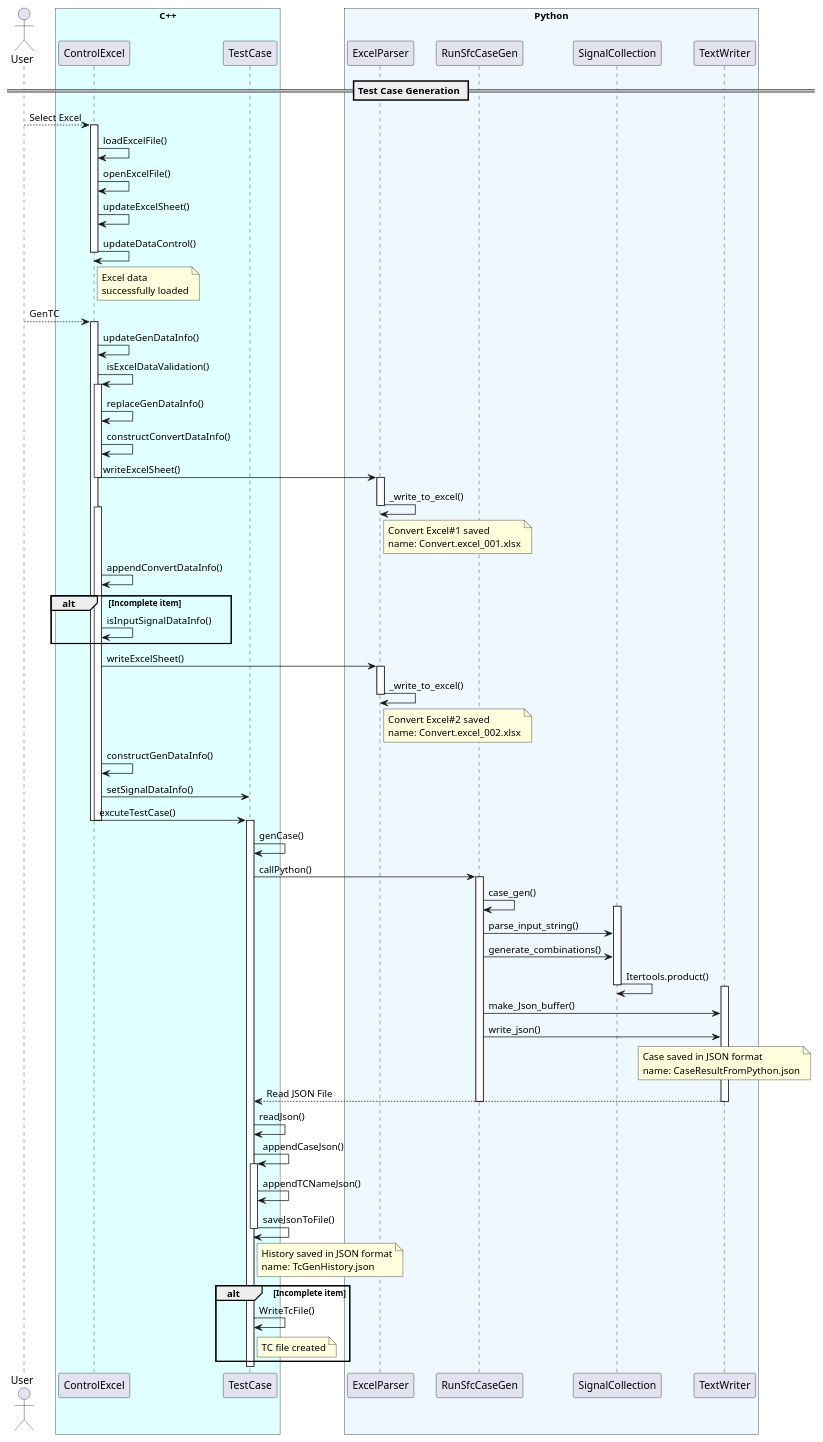
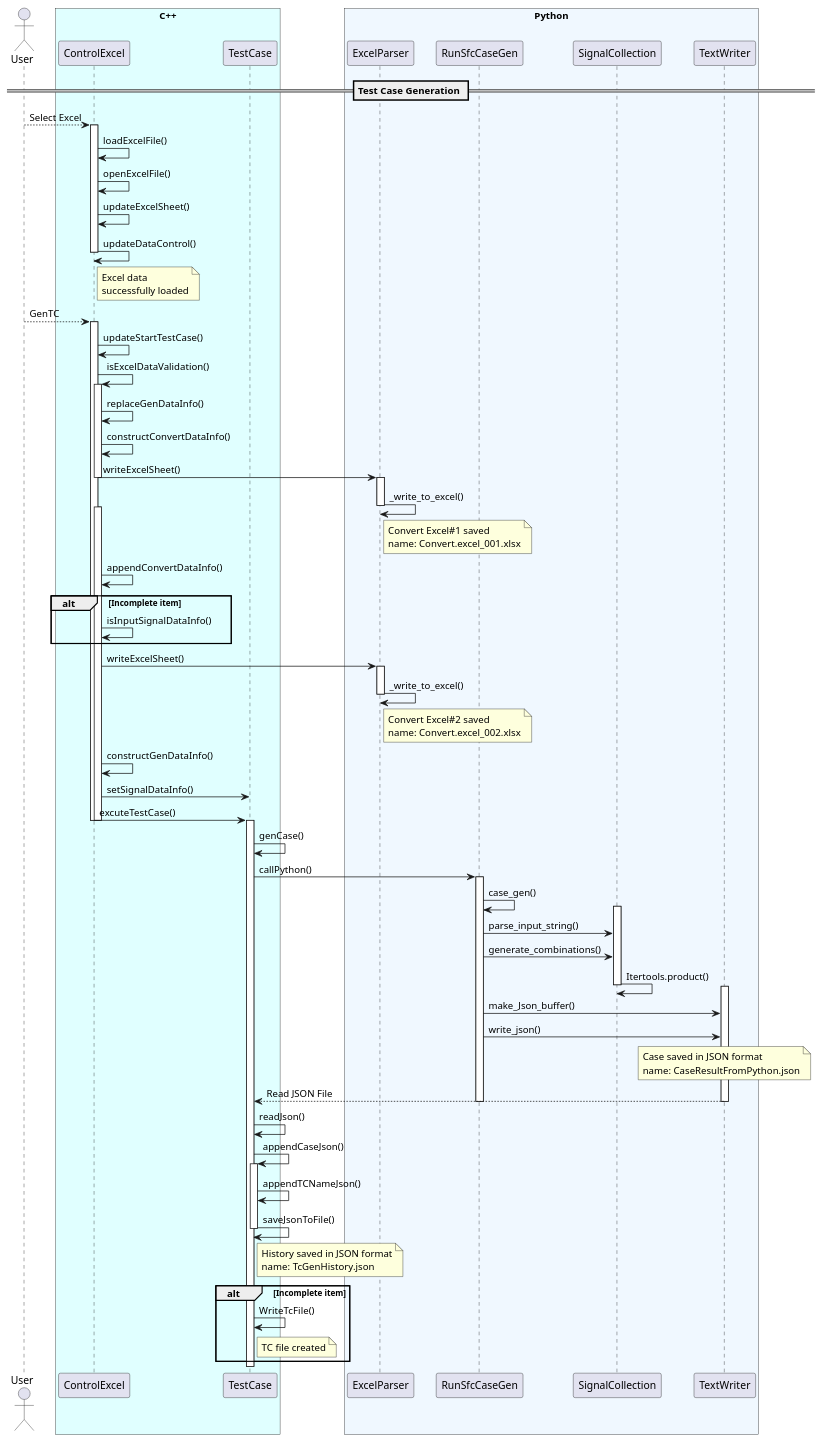
One commit to rlarudgh1997/Application changed the diagram in Diagram/023_MidTerm_Report_2024/SequenceDiagram_Midterm.puml. Above: the diagram before and after it, drawn with PlantUML. The commit also changed 18 other files, not shown here.

```diff
--- a/Diagram/023_MidTerm_Report_2024/SequenceDiagram_Midterm.puml
+++ b/Diagram/023_MidTerm_Report_2024/SequenceDiagram_Midterm.puml
@@ -1,115 +1,115 @@
 @startuml
 
 == Test Case Generation ==
 
 actor User order 10
 participant ControlExcel order 20
 participant TestCase order 30
 participant ExcelParser order 40
 participant RunSfcCaseGen order 45
 participant SignalCollection order 50
 participant TextWriter order 60
 
 box "Python" #F0F8FF
     participant ExcelParser
     participant RunSfcCaseGen
     participant SignalCollection
     participant TextWriter
 end box
 
 box "C++" #E0FFFF
     participant ControlExcel
     participant TestCase
 end box
 
 User --> ControlExcel: Select Excel
 activate ControlExcel
 
 ControlExcel -> ControlExcel: loadExcelFile()
 ControlExcel -> ControlExcel: openExcelFile()
 ControlExcel -> ControlExcel: updateExcelSheet()
 ControlExcel -> ControlExcel: updateDataControl()
 deactivate ControlExcel
 note right of ControlExcel
   Excel data
   successfully loaded
 end note
 
 User --> ControlExcel: GenTC
 activate ControlExcel
-ControlExcel -> ControlExcel: updateGenDataInfo()
+ControlExcel -> ControlExcel: updateStartTestCase()
 ControlExcel -> ControlExcel: isExcelDataValidation()
 activate ControlExcel
 ControlExcel -> ControlExcel: replaceGenDataInfo()
 ControlExcel -> ControlExcel: constructConvertDataInfo()
 ControlExcel -> ExcelParser: writeExcelSheet()
 deactivate ControlExcel
 
 activate ExcelParser
 ExcelParser -> ExcelParser: _write_to_excel()
 note right of ExcelParser
   Convert Excel#1 saved
   name: Convert.excel_001.xlsx
 end note
 deactivate ExcelParser
 
 activate ControlExcel
 ControlExcel -> ControlExcel: appendConvertDataInfo()
 alt Incomplete item
 ControlExcel -> ControlExcel: isInputSignalDataInfo()
 end
 ControlExcel -> ExcelParser: writeExcelSheet()
 activate ExcelParser
 ExcelParser -> ExcelParser: _write_to_excel()
 note right of ExcelParser
   Convert Excel#2 saved
   name: Convert.excel_002.xlsx
 end note
 deactivate ExcelParser
 ControlExcel -> ControlExcel: constructGenDataInfo()
 ControlExcel -> TestCase: setSignalDataInfo()
 ControlExcel -> TestCase: excuteTestCase()
 deactivate ControlExcel
 deactivate ControlExcel
 
 activate TestCase
 TestCase -> TestCase: genCase()
 TestCase -> RunSfcCaseGen: callPython()
 
 activate RunSfcCaseGen
 RunSfcCaseGen -> RunSfcCaseGen: case_gen()
 activate SignalCollection
 RunSfcCaseGen -> SignalCollection: parse_input_string()
 RunSfcCaseGen -> SignalCollection: generate_combinations()
 SignalCollection -> SignalCollection: Itertools.product()
 deactivate SignalCollection
 activate TextWriter
 RunSfcCaseGen -> TextWriter: make_Json_buffer()
 RunSfcCaseGen -> TextWriter: write_json()
 note over of TextWriter
   Case saved in JSON format
   name: CaseResultFromPython.json
 end note
 TestCase <-- TextWriter: Read JSON File
 deactivate TextWriter
 deactivate RunSfcCaseGen
 
 TestCase -> TestCase: readJson()
 TestCase -> TestCase: appendCaseJson()
 activate TestCase
 TestCase -> TestCase: appendTCNameJson()
 TestCase -> TestCase: saveJsonToFile()
 note right of TestCase
   History saved in JSON format
   name: TcGenHistory.json
 end note
 deactivate TestCase
 alt Incomplete item
 TestCase -> TestCase: WriteTcFile()
 note right of TestCase
   TC file created
 end note
 end
 deactivate TestCase
 
 @enduml
```
